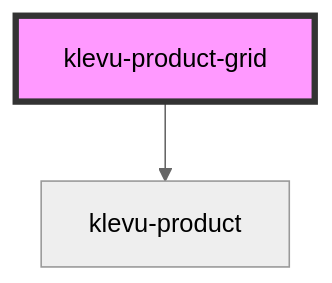
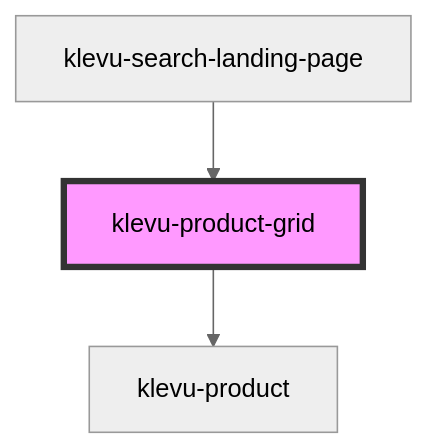
The diagram in packages/klevu-ui/src/components/klevu-product-grid/readme.md (klevultd/frontend-sdk), drawn with Mermaid (neutral theme) before and after one commit. The commit also changed other lines of this file and 26 other files, not shown here.

````diff
--- a/packages/klevu-ui/src/components/klevu-product-grid/readme.md
+++ b/packages/klevu-ui/src/components/klevu-product-grid/readme.md
@@ -22,5 +26,6 @@
 ```mermaid
 graph TD;
   klevu-product-grid --> klevu-product
+  klevu-search-landing-page --> klevu-product-grid
   style klevu-product-grid fill:#f9f,stroke:#333,stroke-width:4px
 ```
````
